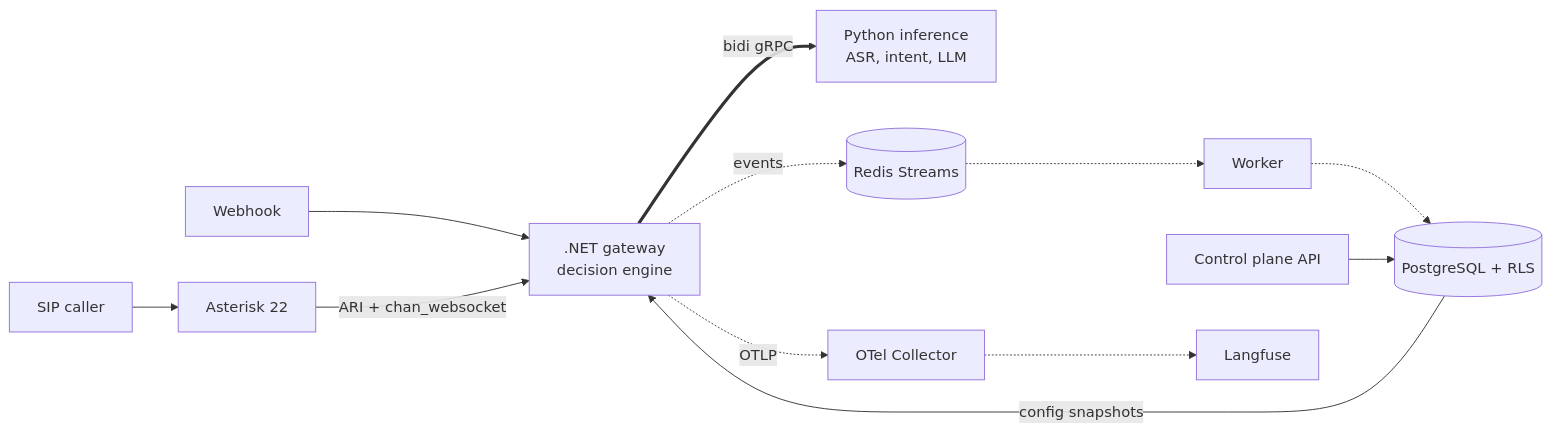
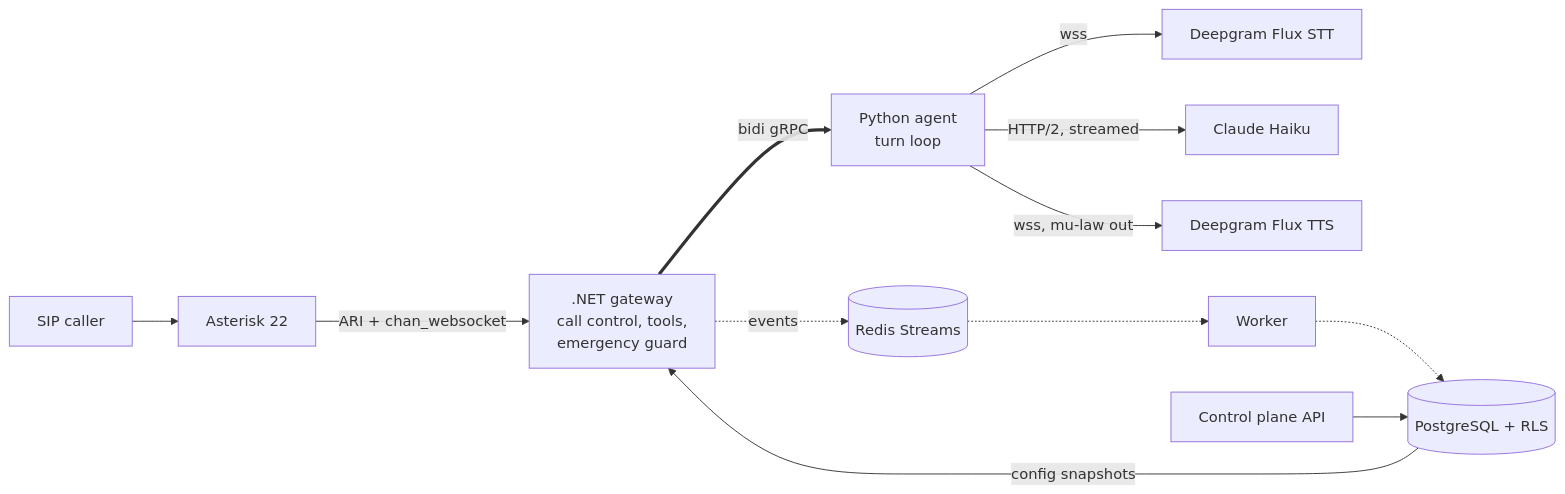
Before and after one commit to 7irelo/switchboard-ai-call-router: the diagram in README.md, drawn with Mermaid. The commit also changed other lines of this file and 38 other files, not shown here.

First line of the commit message:
feat(agent): add a live receptionist agent that holds the whole call

````diff
--- a/README.md
+++ b/README.md
@@ -7,11 +9,12 @@
 ```mermaid
 flowchart LR
   SIP[SIP caller] --> AST[Asterisk 22]
-  WA[Webhook] --> GW
-  AST -- "ARI + chan_websocket" --> GW[.NET gateway<br/>decision engine]
-  GW == "bidi gRPC" ==> INF[Python inference<br/>ASR, intent, LLM]
+  AST -- "ARI + chan_websocket" --> GW[.NET gateway<br/>call control, tools,<br/>emergency guard]
+  GW == "bidi gRPC" ==> AG[Python agent<br/>turn loop]
+  AG -- "wss" --> STT[Deepgram Flux STT]
+  AG -- "HTTP/2, streamed" --> LLM[Claude Haiku]
+  AG -- "wss, mu-law out" --> TTS[Deepgram Flux TTS]
   GW -. events .-> RS[(Redis Streams)] -.-> W[Worker] -.-> DB[(PostgreSQL + RLS)]
   API[Control plane API] --> DB
   DB -- "config snapshots" --> GW
-  GW -. OTLP .-> OT[OTel Collector] -.-> LF[Langfuse]
 ```
````
